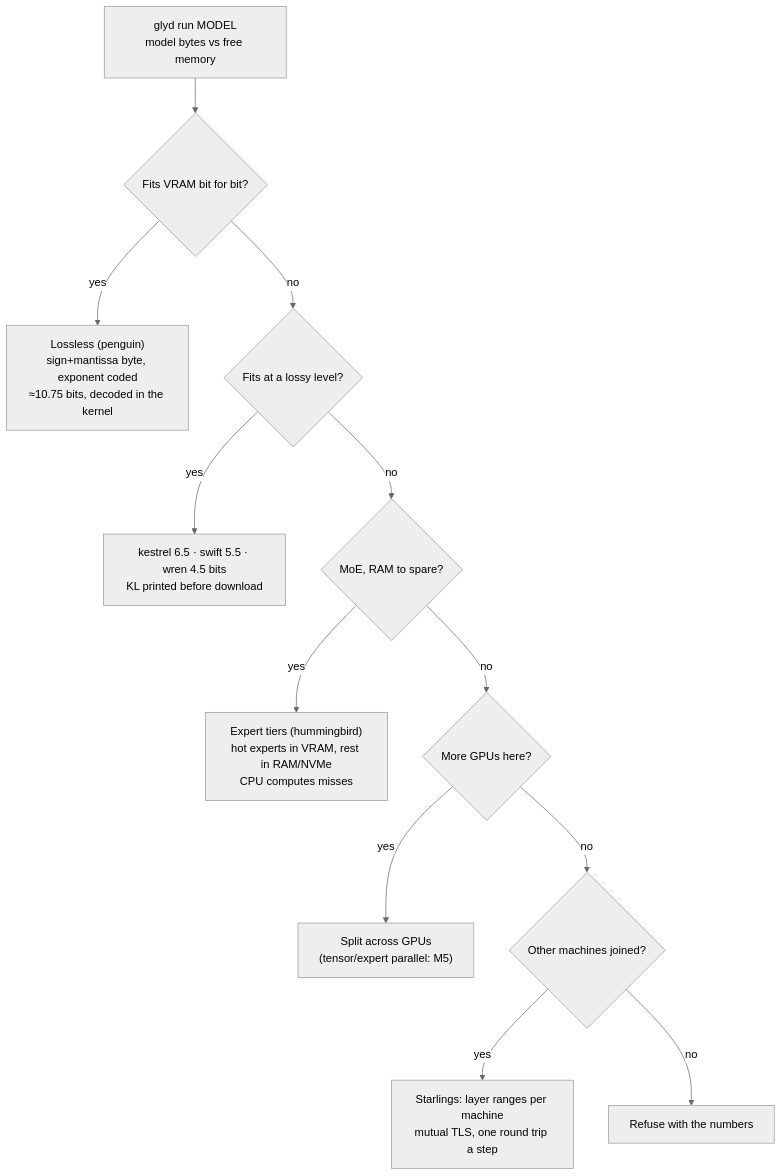
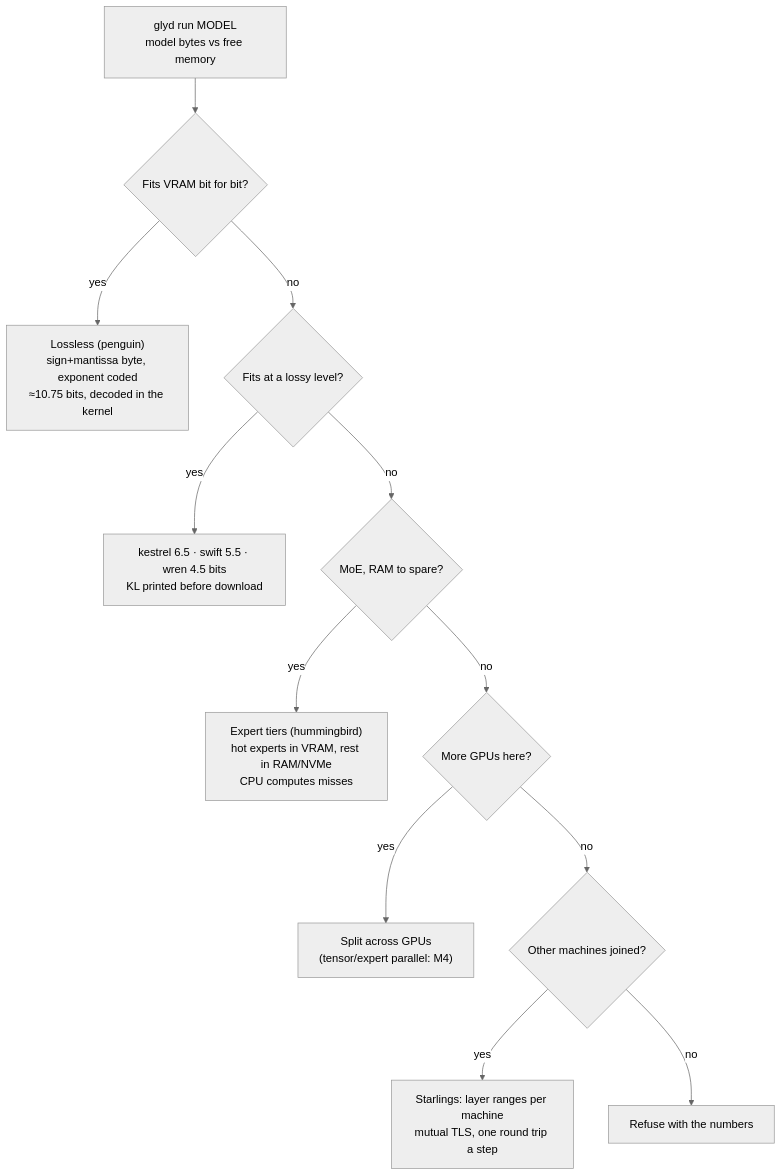
The first of 3 diagrams in docs/architecture.md (surya-koritala/Glyd), drawn with Mermaid (neutral theme) before and after one commit. The commit also changed other lines of this file and 10 other files, not shown here.

Commit message:
roadmap: reorder milestones with detailed agent guidance (M0-M6 + M5a/M5b)

````diff
--- a/docs/architecture.md
+++ b/docs/architecture.md
@@ -61,14 +61,14 @@
 ```mermaid
 flowchart TD
   A["glyd run MODEL<br/>model bytes vs free memory"] --> Q1{"Fits VRAM bit for bit?"}
   Q1 -- yes --> L["Lossless (penguin)<br/>sign+mantissa byte, exponent coded<br/>≈10.75 bits, decoded in the kernel"]
   Q1 -- no --> Q2{"Fits at a lossy level?"}
   Q2 -- yes --> Y["kestrel 6.5 · swift 5.5 · wren 4.5 bits<br/>KL printed before download"]
   Q2 -- no --> Q3{"MoE, RAM to spare?"}
   Q3 -- yes --> C["Expert tiers (hummingbird)<br/>hot experts in VRAM, rest in RAM/NVMe<br/>CPU computes misses"]
   Q3 -- no --> Q4{"More GPUs here?"}
-  Q4 -- yes --> G["Split across GPUs<br/>(tensor/expert parallel: M5)"]
+  Q4 -- yes --> G["Split across GPUs<br/>(tensor/expert parallel: M4)"]
   Q4 -- no --> Q5{"Other machines joined?"}
   Q5 -- yes --> S["Starlings: layer ranges per machine<br/>mutual TLS, one round trip a step"]
   Q5 -- no --> R["Refuse with the numbers"]
 ```
````
